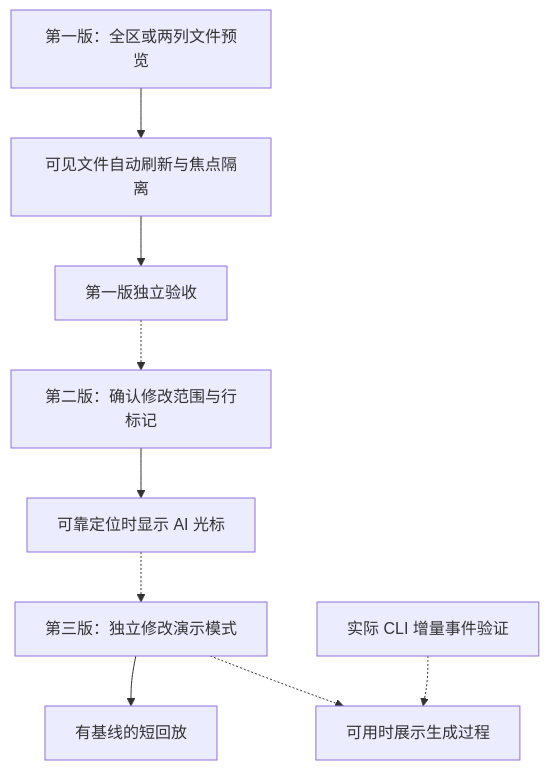
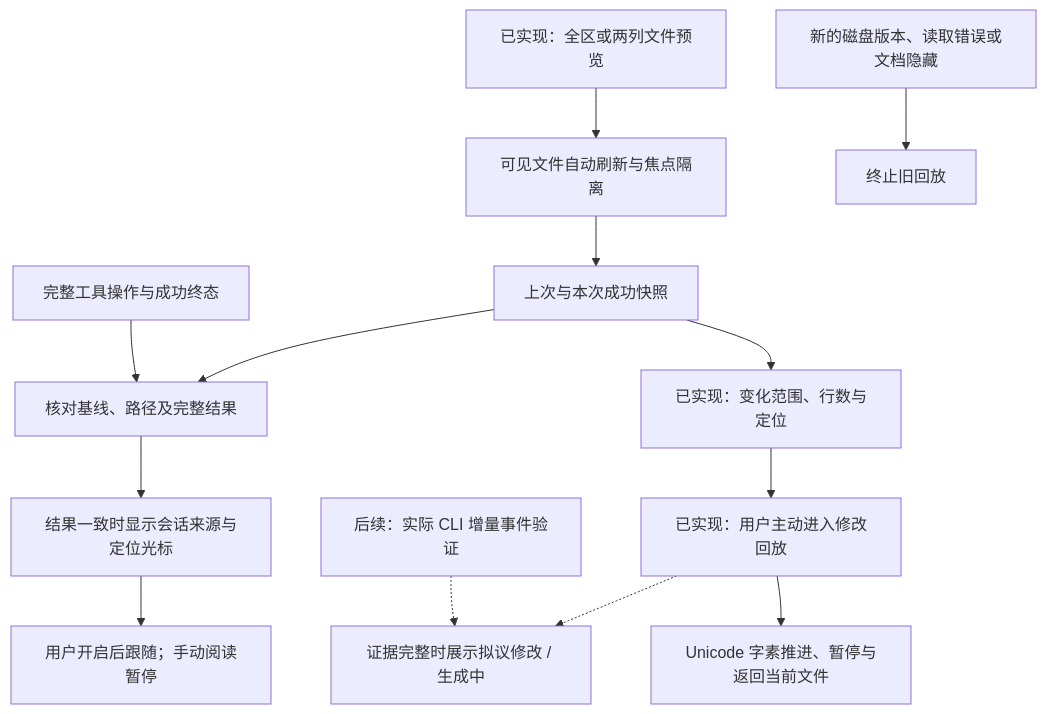
Before and after one commit to Leo-Lee-j/conduit: the diagram in docs/diagrams/content-panes-live-preview.mmd, drawn with Mermaid. The commit also changed 64 other files, not shown here.

Commit message:
feat: add subagent navigation and file review flows

```diff
--- a/docs/diagrams/content-panes-live-preview.mmd
+++ b/docs/diagrams/content-panes-live-preview.mmd
@@ -1,9 +1,13 @@
 flowchart TD
-    A["第一版：全区或两列文件预览"] --> B["可见文件自动刷新与焦点隔离"]
-    B --> C["第一版独立验收"]
-    C -.-> D["第二版：确认修改范围与行标记"]
-    D --> E["可靠定位时显示 AI 光标"]
-    E -.-> F["第三版：独立修改演示模式"]
-    F --> G["有基线的短回放"]
-    V["实际 CLI 增量事件验证"] -.-> H["可用时展示生成过程"]
+    A["已实现：全区或两列文件预览"] --> B["可见文件自动刷新与焦点隔离"]
+    B --> C["上次与本次成功快照"]
+    C --> D["已实现：变化范围、行数与定位"]
+    T["完整工具操作与成功终态"] --> E["核对基线、路径及完整结果"]
+    C --> E
+    E --> M["结果一致时显示会话来源与定位光标"]
+    M --> P["用户开启后跟随；手动阅读暂停"]
+    D --> F["已实现：用户主动进入修改回放"]
+    F --> G["Unicode 字素推进、暂停与返回当前文件"]
+    N["新的磁盘版本、读取错误或文档隐藏"] --> X["终止旧回放"]
+    V["后续：实际 CLI 增量事件验证"] -.-> H["证据完整时展示拟议修改 / 生成中"]
     F -.-> H
```
